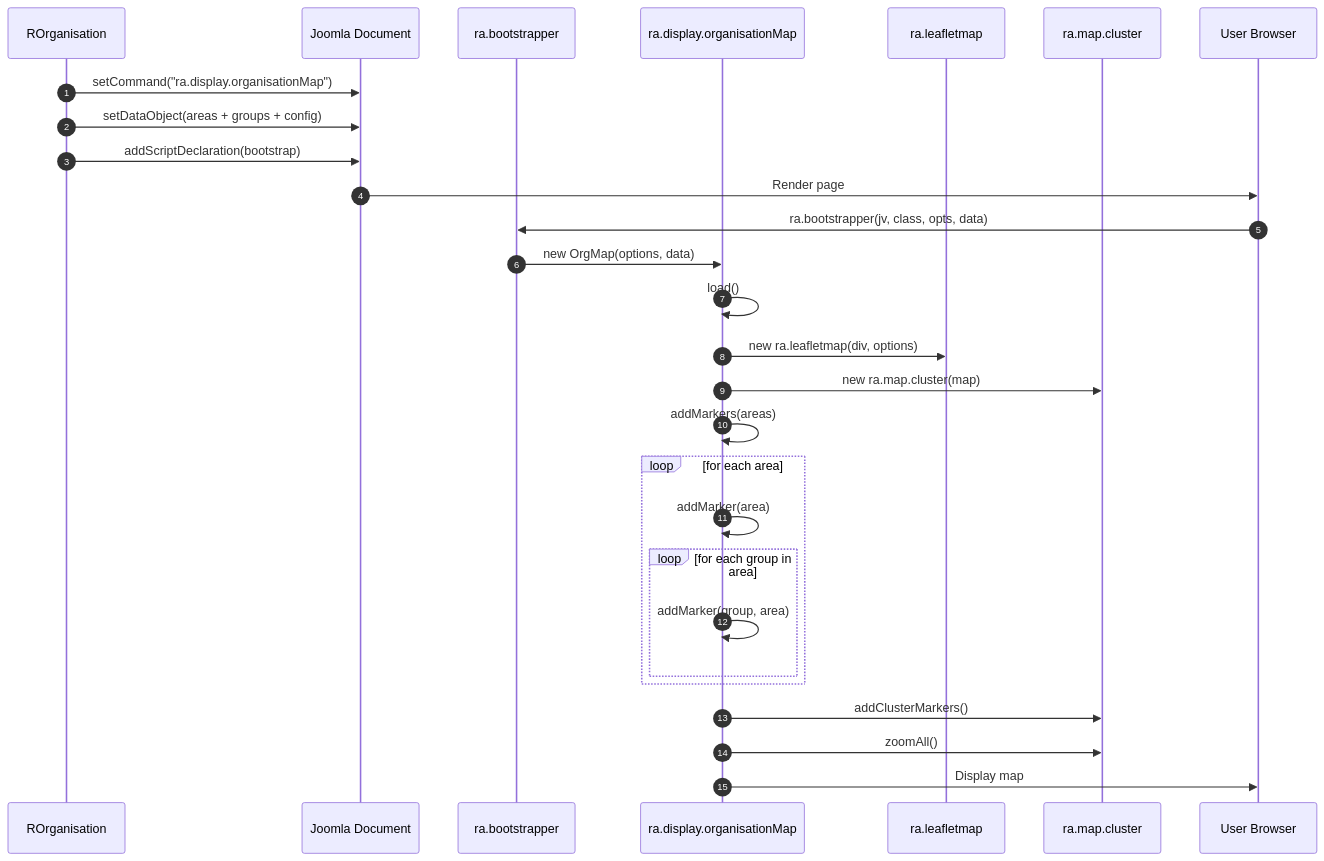
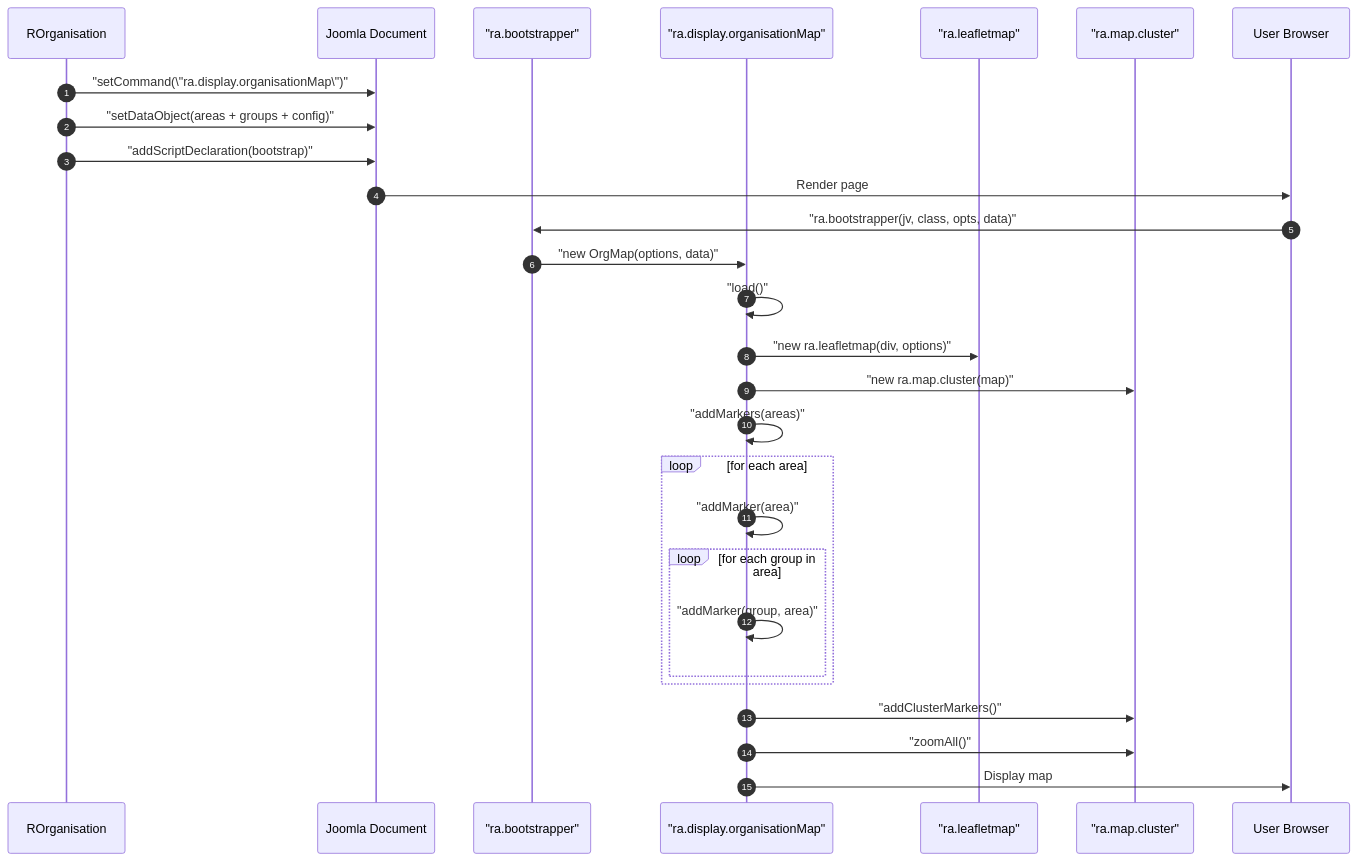
Before and after one commit to pauljrhodes/ramblers-library: the second of 3 diagrams in media/organisation/HLD.md, drawn with Mermaid. The commit also changed other lines of this file and 33 other files, not shown here.

Commit message:
Normalize Mermaid diagrams for GitHub rendering

````diff
--- a/media/organisation/HLD.md
+++ b/media/organisation/HLD.md
@@ -85,31 +85,31 @@
 ```mermaid
 sequenceDiagram
     autonumber
     participant PHP as ROrganisation
     participant Doc as Joomla Document
-    participant Bootstrap as ra.bootstrapper
-    participant OrgMap as ra.display.organisationMap
-    participant LeafletMap as ra.leafletmap
-    participant Cluster as ra.map.cluster
+    participant Bootstrap as "ra.bootstrapper"
+    participant OrgMap as "ra.display.organisationMap"
+    participant LeafletMap as "ra.leafletmap"
+    participant Cluster as "ra.map.cluster"
     participant User as User Browser
 
-    PHP->>Doc: setCommand("ra.display.organisationMap")
-    PHP->>Doc: setDataObject(areas + groups + config)
-    PHP->>Doc: addScriptDeclaration(bootstrap)
+    PHP->>Doc: "setCommand(\"ra.display.organisationMap\")"
+    PHP->>Doc: "setDataObject(areas + groups + config)"
+    PHP->>Doc: "addScriptDeclaration(bootstrap)"
     Doc->>User: Render page
-    User->>Bootstrap: ra.bootstrapper(jv, class, opts, data)
-    Bootstrap->>OrgMap: new OrgMap(options, data)
-    OrgMap->>OrgMap: load()
-    OrgMap->>LeafletMap: new ra.leafletmap(div, options)
-    OrgMap->>Cluster: new ra.map.cluster(map)
-    OrgMap->>OrgMap: addMarkers(areas)
+    User->>Bootstrap: "ra.bootstrapper(jv, class, opts, data)"
+    Bootstrap->>OrgMap: "new OrgMap(options, data)"
+    OrgMap->>OrgMap: "load()"
+    OrgMap->>LeafletMap: "new ra.leafletmap(div, options)"
+    OrgMap->>Cluster: "new ra.map.cluster(map)"
+    OrgMap->>OrgMap: "addMarkers(areas)"
     loop for each area
-        OrgMap->>OrgMap: addMarker(area)
+        OrgMap->>OrgMap: "addMarker(area)"
         loop for each group in area
-            OrgMap->>OrgMap: addMarker(group, area)
+            OrgMap->>OrgMap: "addMarker(group, area)"
         end
     end
-    OrgMap->>Cluster: addClusterMarkers()
-    OrgMap->>Cluster: zoomAll()
+    OrgMap->>Cluster: "addClusterMarkers()"
+    OrgMap->>Cluster: "zoomAll()"
     OrgMap->>User: Display map
 ```
````
